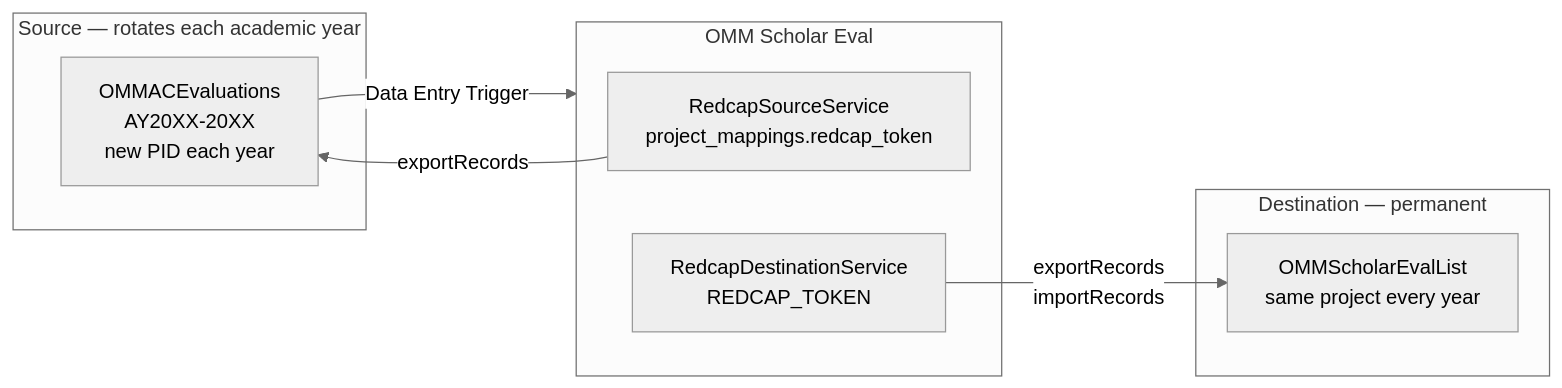
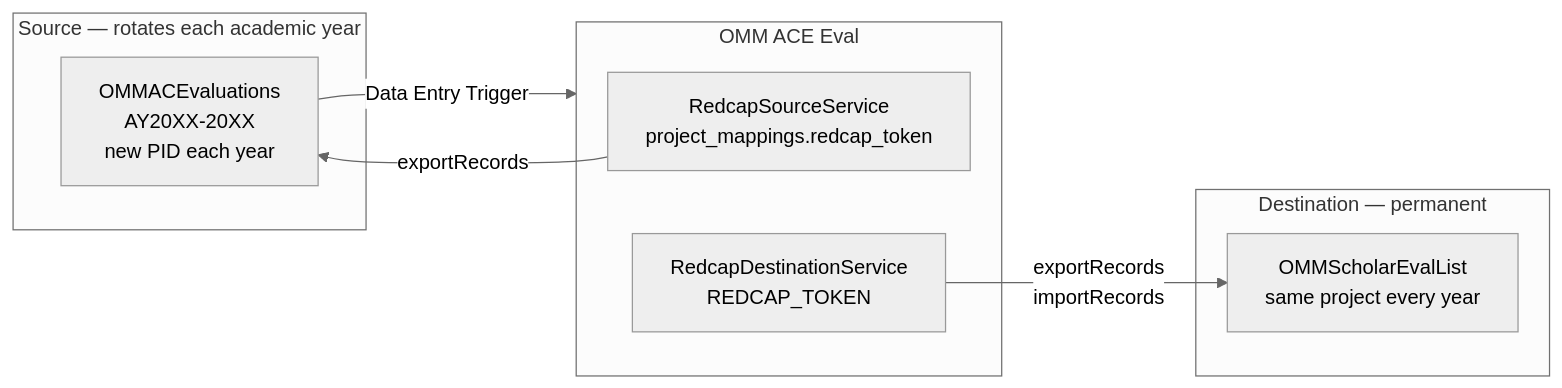
Before and after one commit to com-atg/OMM-SE: the first of 4 diagrams in Docs/redcap-integration.md, drawn with Mermaid (neutral theme). The commit also changed 38 other files, not shown here.

````diff
--- a/Docs/redcap-integration.md
+++ b/Docs/redcap-integration.md
@@ -7,19 +7,19 @@
 ```mermaid
 graph LR
     subgraph Source["Source — rotates each academic year"]
         S1[OMMACEvaluations\nAY20XX-20XX\nnew PID each year]
     end
 
-    subgraph App["OMM Scholar Eval"]
+    subgraph App["OMM ACE Eval"]
         A1[RedcapSourceService\nproject_mappings.redcap_token]
         A2[RedcapDestinationService\nREDCAP_TOKEN]
     end
 
     subgraph Dest["Destination — permanent"]
         D1[OMMScholarEvalList\nsame project every year]
     end
 
     S1 -->|Data Entry Trigger| App
     A1 -->|exportRecords| S1
     A2 -->|exportRecords\nimportRecords| D1
 ```
````
